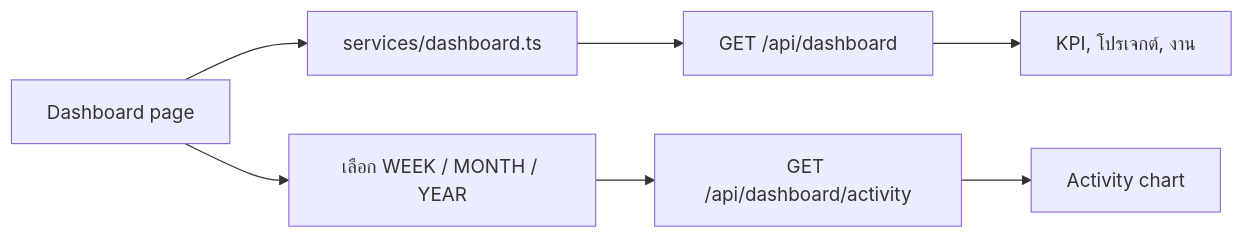
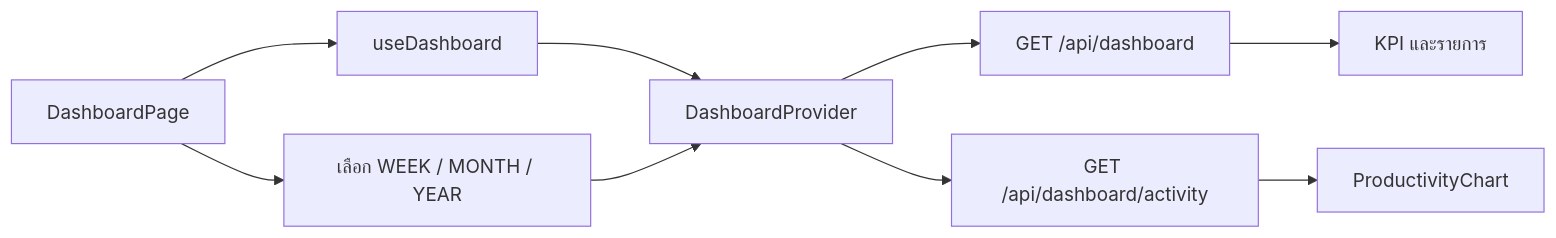
The second of 4 diagrams in doc/V1/DESIGN/nattadol-design.md (lillianxhub/freelance-hub), drawn with Mermaid before and after one commit. The commit also changed other lines of this file and 3 other files, not shown here.

````diff
--- a/doc/V1/DESIGN/nattadol-design.md
+++ b/doc/V1/DESIGN/nattadol-design.md
@@ -86,9 +72,11 @@
 ```mermaid
 flowchart LR
-    Page[Dashboard page] --> Service[services/dashboard.ts]
-    Service --> MainAPI[GET /api/dashboard]
+    Page[DashboardPage] --> Hook[useDashboard]
+    Hook --> Context[DashboardProvider]
+    Context --> Main[GET /api/dashboard]
     Page --> Period[เลือก WEEK / MONTH / YEAR]
-    Period --> ActivityAPI[GET /api/dashboard/activity]
-    MainAPI --> Cards[KPI, โปรเจกต์, งาน]
-    ActivityAPI --> Chart[Activity chart]
+    Period --> Context
+    Context --> Activity[GET /api/dashboard/activity]
+    Main --> Cards[KPI และรายการ]
+    Activity --> Chart[ProductivityChart]
 ```
````
